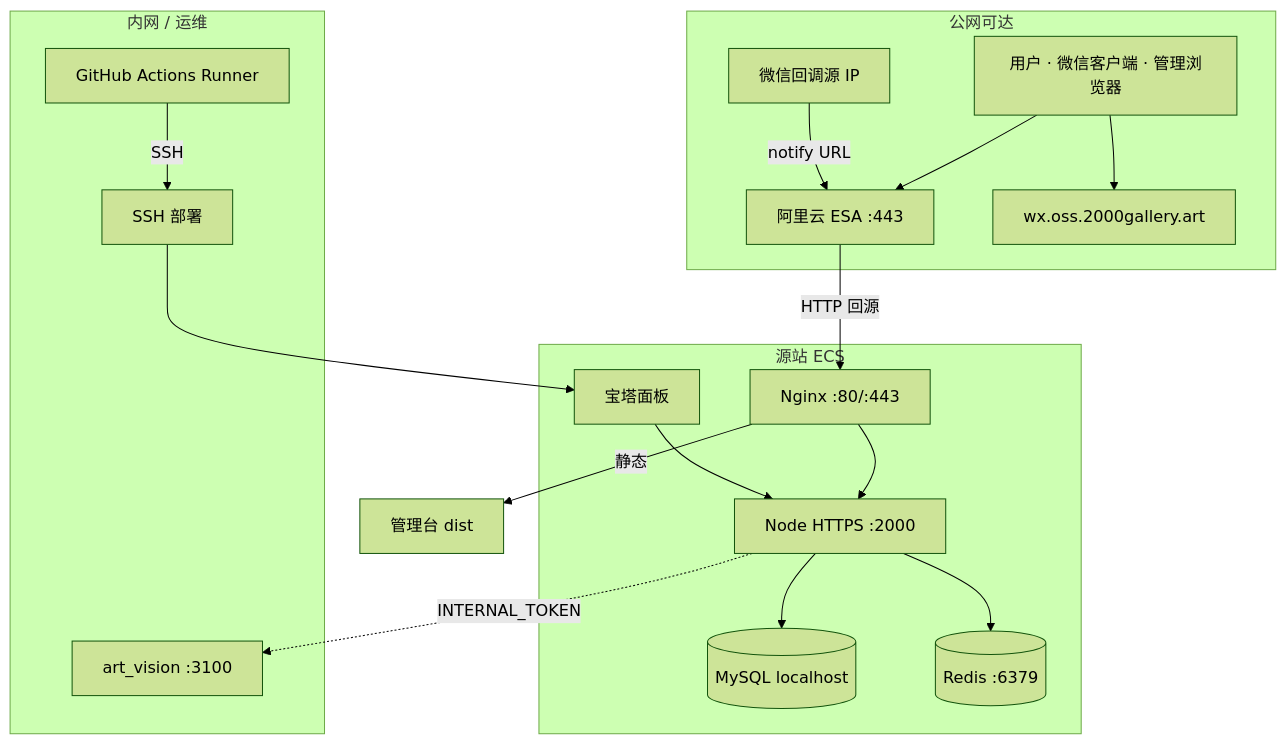
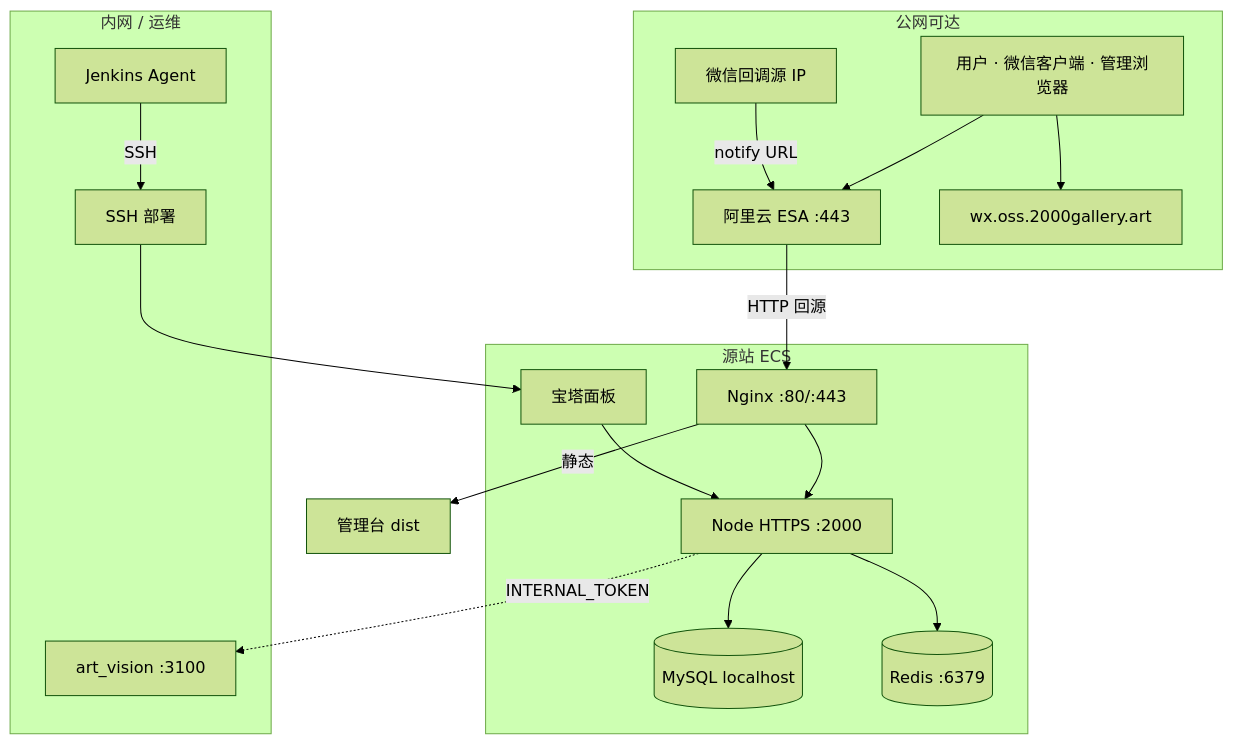
Before and after one commit to bei123/art_data: the diagram in docs/NETWORK.md, drawn with Mermaid (forest theme). The commit also changed other lines of this file and 24 other files, not shown here.

First line of the commit message:
refactor: migrate CI/CD from GitHub Actions to Jenkins

````diff
--- a/docs/NETWORK.md
+++ b/docs/NETWORK.md
@@ -7,36 +7,36 @@
 ```mermaid
 flowchart TB
   subgraph Public[公网可达]
     U[用户 · 微信客户端 · 管理浏览器]
     ESA[阿里云 ESA :443]
     OSS[wx.oss.2000gallery.art]
     CB[微信回调源 IP]
   end
 
   subgraph Origin[源站 ECS]
     NGX[Nginx :80/:443]
     NODE[Node HTTPS :2000]
     SQL[(MySQL localhost)]
     RD[(Redis :6379)]
     BT[宝塔面板]
   end
 
   subgraph Private[内网 / 运维]
     VIS[art_vision :3100]
     SSH[SSH 部署]
-    GH[GitHub Actions Runner]
+    JK[Jenkins Agent]
   end
 
   U --> ESA
   U --> OSS
   CB -->|notify URL| ESA
   ESA -->|HTTP 回源| NGX
   NGX --> NODE
   NGX -->|静态| HT[管理台 dist]
   NODE --> SQL
   NODE --> RD
   NODE -.->|INTERNAL_TOKEN| VIS
-  GH -->|SSH| SSH
+  JK -->|SSH| SSH
   SSH --> BT
   BT --> NODE
 ```
````
